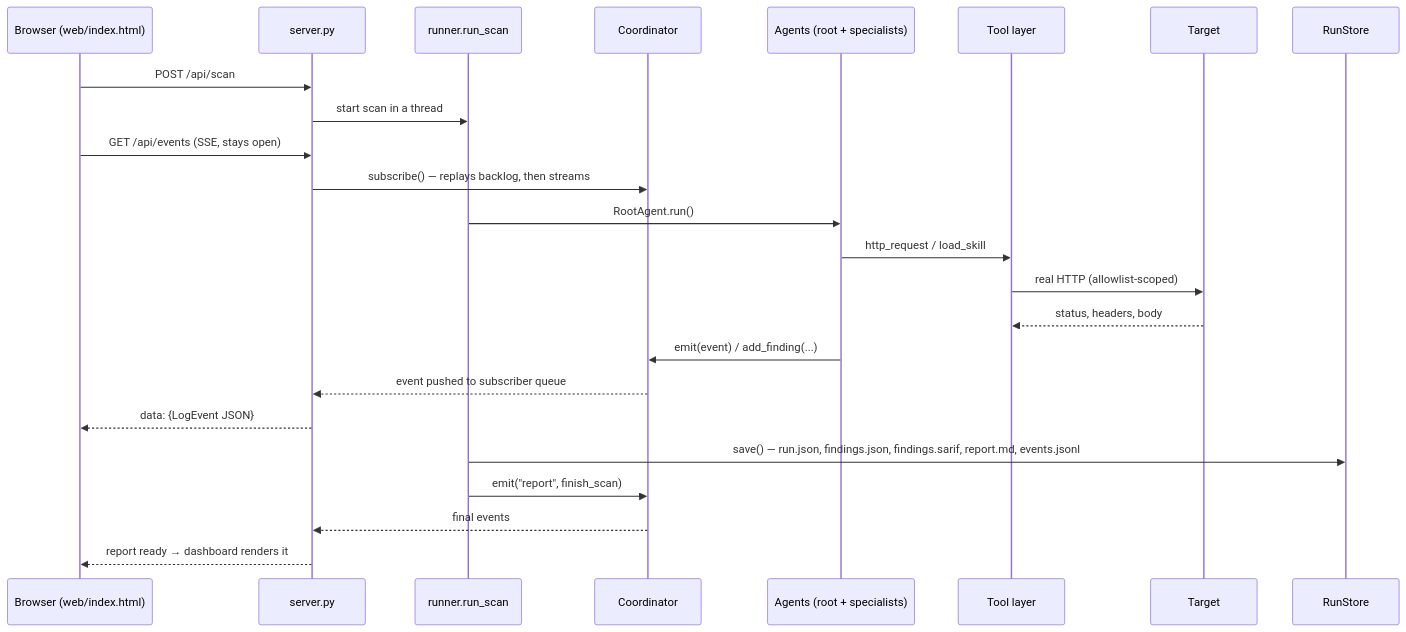
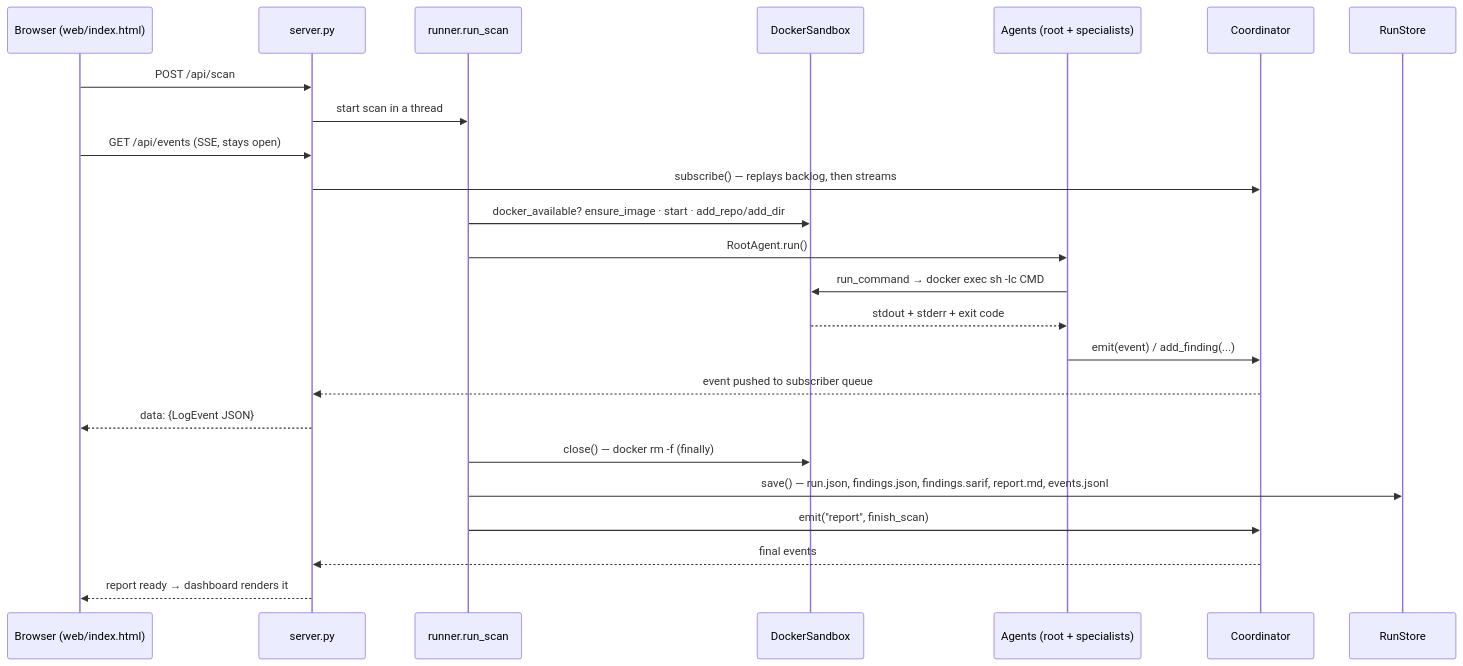
One commit to Ifthikar20/open-offensive changed the third of 4 diagrams in docs/ARCHITECTURE.md. Above: the diagram before and after it, drawn with Mermaid. The commit also changed other lines of this file and 9 other files, not shown here.

````diff
--- a/docs/ARCHITECTURE.md
+++ b/docs/ARCHITECTURE.md
@@ -54,27 +91,27 @@
 ```mermaid
 sequenceDiagram
     participant B as Browser (web/index.html)
     participant S as server.py
     participant R as runner.run_scan
+    participant SB as DockerSandbox
+    participant A as Agents (root + specialists)
     participant C as Coordinator
-    participant A as Agents (root + specialists)
-    participant T as Tool layer
-    participant D as Target
     participant P as RunStore
 
     B->>S: POST /api/scan
     S->>R: start scan in a thread
     B->>S: GET /api/events (SSE, stays open)
     S->>C: subscribe() — replays backlog, then streams
+    R->>SB: docker_available? ensure_image · start · add_repo/add_dir
     R->>A: RootAgent.run()
-    A->>T: http_request / load_skill
-    T->>D: real HTTP (allowlist-scoped)
-    D-->>T: status, headers, body
+    A->>SB: run_command → docker exec sh -lc CMD
+    SB-->>A: stdout + stderr + exit code
     A->>C: emit(event) / add_finding(...)
     C-->>S: event pushed to subscriber queue
     S-->>B: data: {LogEvent JSON}
+    R->>SB: close() — docker rm -f (finally)
     R->>P: save() — run.json, findings.json, findings.sarif, report.md, events.jsonl
     R->>C: emit("report", finish_scan)
     C-->>S: final events
     S-->>B: report ready → dashboard renders it
 ```
````
